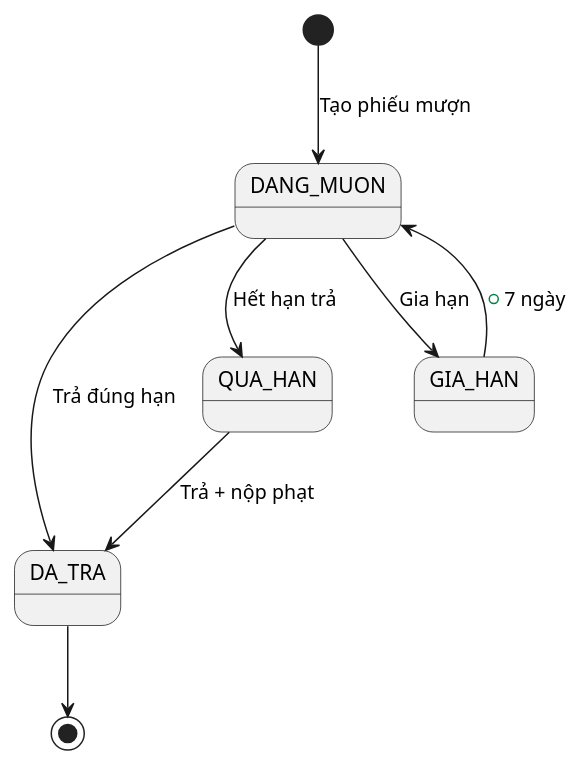
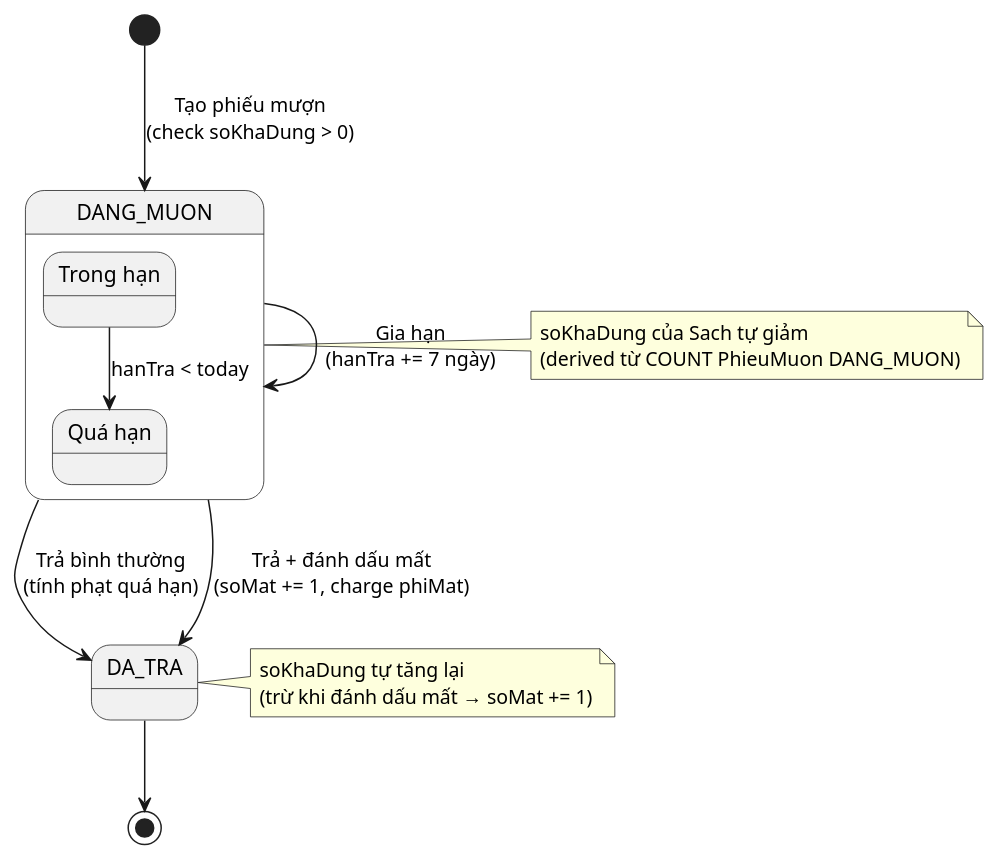
Before and after one commit to NPhamDoan/FULL_QLThuVien: the fifth of 15 diagrams in .kiro/document/BaoCao_3UC_PlantUML.md, drawn with PlantUML. The commit also changed other lines of this file and 37 other files, not shown here.

````diff
--- a/.kiro/document/BaoCao_3UC_PlantUML.md
+++ b/.kiro/document/BaoCao_3UC_PlantUML.md
@@ -161,11 +170,27 @@
 ```plantuml
 @startuml
-[*] --> DANG_MUON : Tạo phiếu mượn
-DANG_MUON --> DA_TRA : Trả đúng hạn
-DANG_MUON --> QUA_HAN : Hết hạn trả
-QUA_HAN --> DA_TRA : Trả + nộp phạt
-DANG_MUON --> GIA_HAN : Gia hạn
-GIA_HAN --> DANG_MUON : +7 ngày
+[*] --> DANG_MUON : Tạo phiếu mượn\n(check soKhaDung > 0)
+
+DANG_MUON --> DA_TRA : Trả bình thường\n(tính phạt quá hạn)
+DANG_MUON --> DA_TRA : Trả + đánh dấu mất\n(soMat += 1, charge phiMat)
+DANG_MUON --> DANG_MUON : Gia hạn\n(hanTra += 7 ngày)
+
+state DANG_MUON {
+  state "Trong hạn" as InTime
+  state "Quá hạn" as Overdue
+  InTime --> Overdue : hanTra < today
+}
+
 DA_TRA --> [*]
+
+note right of DANG_MUON
+  soKhaDung của Sach tự giảm
+  (derived từ COUNT PhieuMuon DANG_MUON)
+end note
+
+note right of DA_TRA
+  soKhaDung tự tăng lại
+  (trừ khi đánh dấu mất → soMat += 1)
+end note
 @enduml
 ```
````
